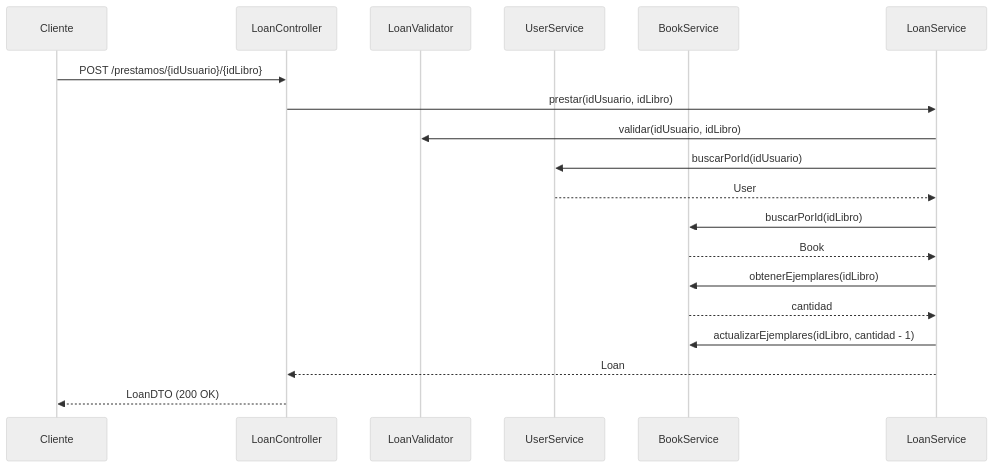
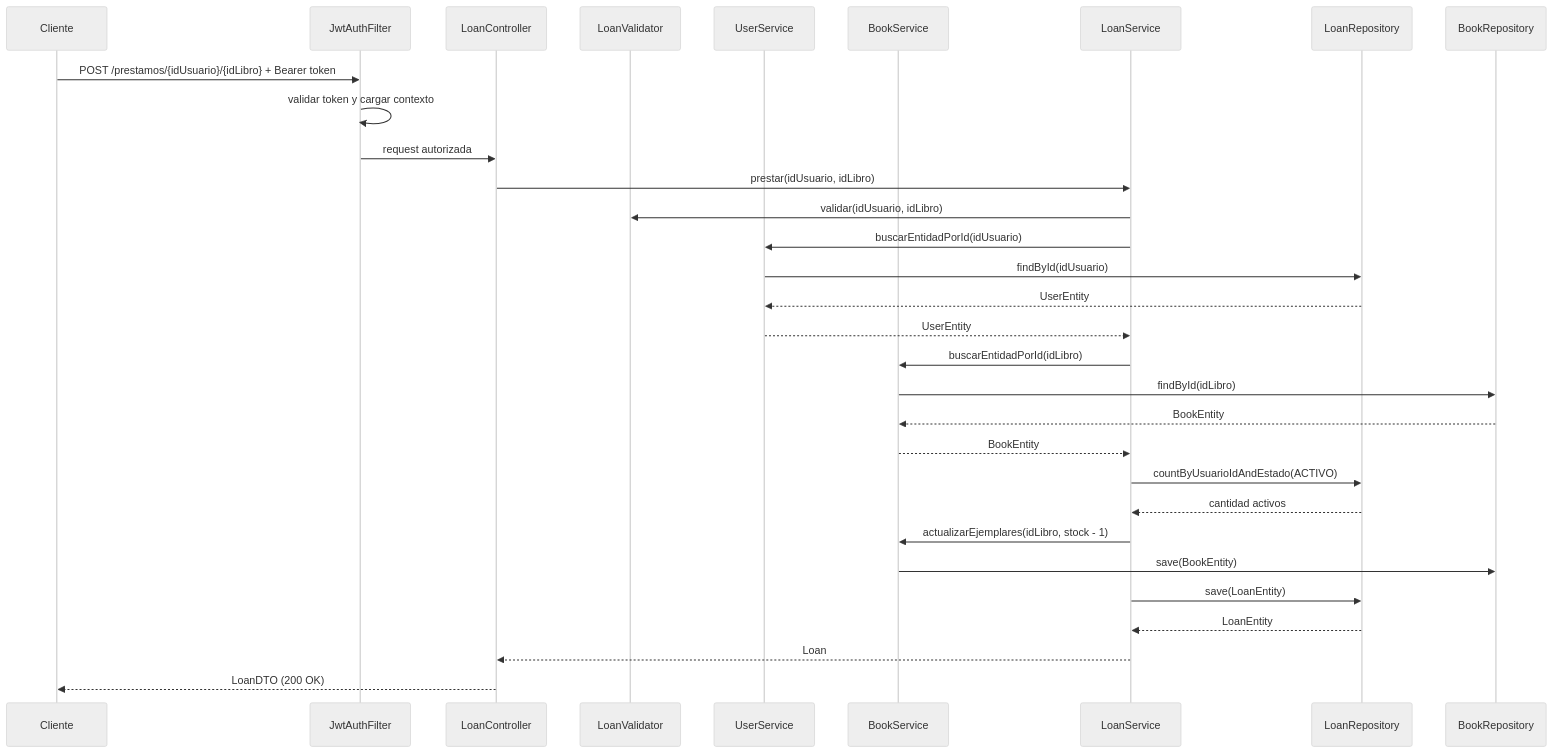
Before and after one commit to nicoparrado123/-DOSW-Library: the third of 5 diagrams in README.md, drawn with Mermaid (neutral theme). The commit also changed other lines of this file, not shown here.

Commit message:
docs: actualizar diagrama entidad-relacion en README

````diff
--- a/README.md
+++ b/README.md
@@ -27,22 +59,34 @@
 ```mermaid
 sequenceDiagram
     participant Cliente
+    participant JwtAuthFilter
     participant LoanController
     participant LoanValidator
     participant UserService
     participant BookService
     participant LoanService
+    participant LoanRepository
+    participant BookRepository
 
-    Cliente->>LoanController: POST /prestamos/{idUsuario}/{idLibro}
+    Cliente->>JwtAuthFilter: POST /prestamos/{idUsuario}/{idLibro} + Bearer token
+    JwtAuthFilter->>JwtAuthFilter: validar token y cargar contexto
+    JwtAuthFilter->>LoanController: request autorizada
     LoanController->>LoanService: prestar(idUsuario, idLibro)
     LoanService->>LoanValidator: validar(idUsuario, idLibro)
-    LoanService->>UserService: buscarPorId(idUsuario)
-    UserService-->>LoanService: User
-    LoanService->>BookService: buscarPorId(idLibro)
-    BookService-->>LoanService: Book
-    LoanService->>BookService: obtenerEjemplares(idLibro)
-    BookService-->>LoanService: cantidad
-    LoanService->>BookService: actualizarEjemplares(idLibro, cantidad - 1)
+    LoanService->>UserService: buscarEntidadPorId(idUsuario)
+    UserService->>LoanRepository: findById(idUsuario)
+    LoanRepository-->>UserService: UserEntity
+    UserService-->>LoanService: UserEntity
+    LoanService->>BookService: buscarEntidadPorId(idLibro)
+    BookService->>BookRepository: findById(idLibro)
+    BookRepository-->>BookService: BookEntity
+    BookService-->>LoanService: BookEntity
+    LoanService->>LoanRepository: countByUsuarioIdAndEstado(ACTIVO)
+    LoanRepository-->>LoanService: cantidad activos
+    LoanService->>BookService: actualizarEjemplares(idLibro, stock - 1)
+    BookService->>BookRepository: save(BookEntity)
+    LoanService->>LoanRepository: save(LoanEntity)
+    LoanRepository-->>LoanService: LoanEntity
     LoanService-->>LoanController: Loan
     LoanController-->>Cliente: LoanDTO (200 OK)
 ```
````
